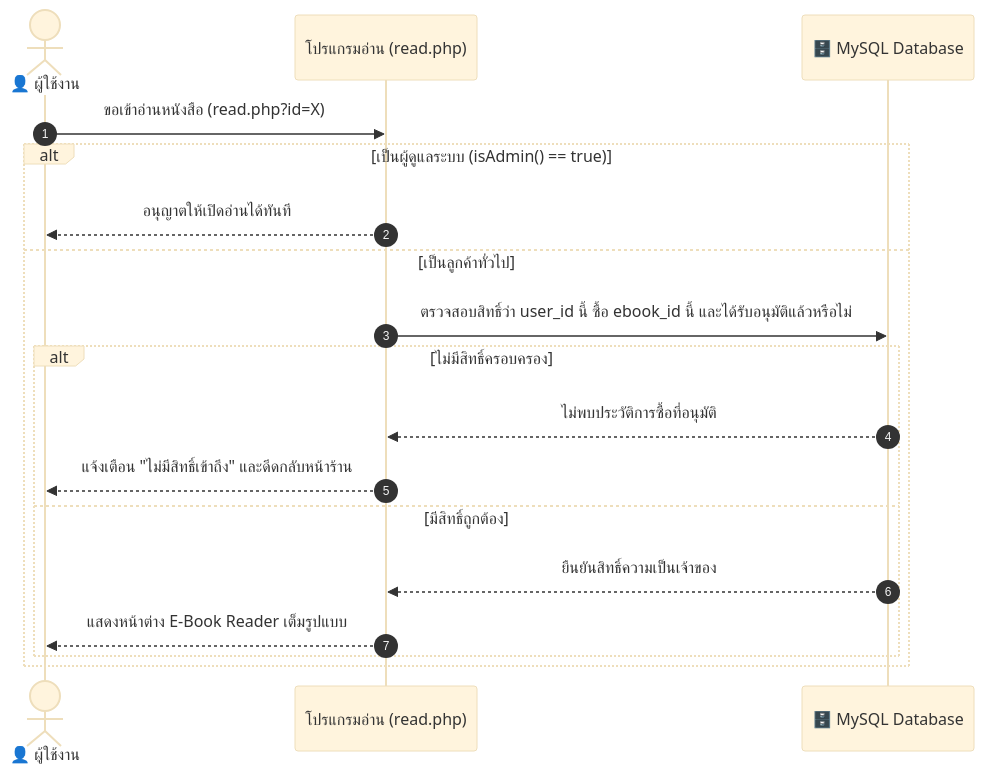
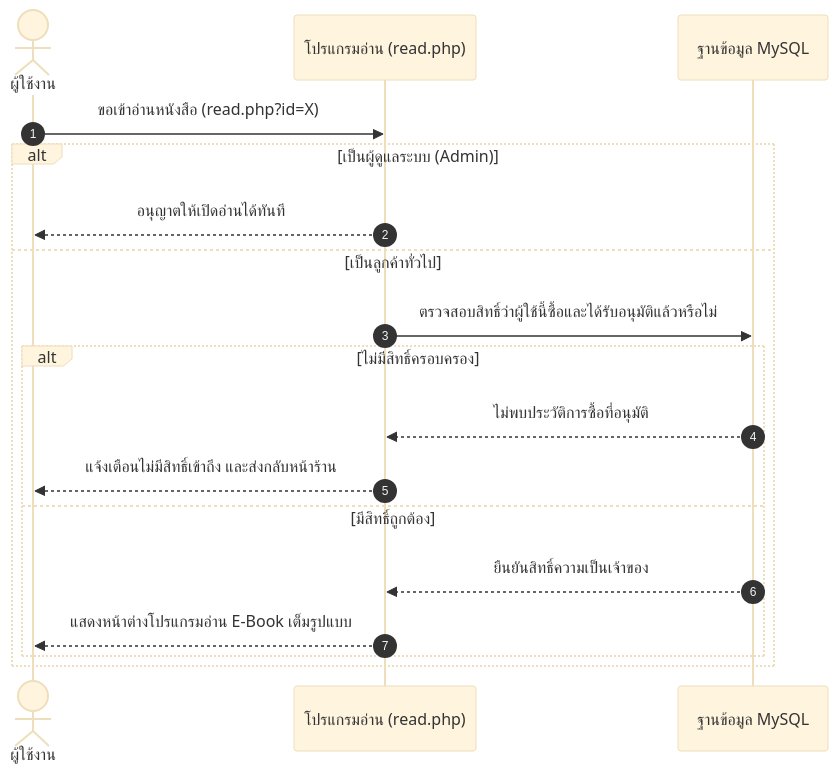
The fourth of 4 diagrams in PROJECT_SUMMARY.md (pratchayakornna-ops/ebook-store), drawn with Mermaid (base theme) before and after one commit. The commit also changed other lines of this file, not shown here.

Commit message:
Fix Mermaid syntax error in PROJECT_SUMMARY.md for clean Rich Display rendering

````diff
--- a/PROJECT_SUMMARY.md
+++ b/PROJECT_SUMMARY.md
@@ -193,21 +193,21 @@
 ```mermaid
 sequenceDiagram
     autonumber
-    actor User as 👤 ผู้ใช้งาน
+    actor User as ผู้ใช้งาน
     participant Reader as โปรแกรมอ่าน (read.php)
-    participant DB as 🗄️ MySQL Database
+    participant DB as ฐานข้อมูล MySQL
 
     User->>Reader: ขอเข้าอ่านหนังสือ (read.php?id=X)
-    alt เป็นผู้ดูแลระบบ (isAdmin() == true)
+    alt เป็นผู้ดูแลระบบ (Admin)
         Reader-->>User: อนุญาตให้เปิดอ่านได้ทันที
     else เป็นลูกค้าทั่วไป
-        Reader->>DB: ตรวจสอบสิทธิ์ว่า user_id นี้ ซื้อ ebook_id นี้ และได้รับอนุมัติแล้วหรือไม่
+        Reader->>DB: ตรวจสอบสิทธิ์ว่าผู้ใช้นี้ซื้อและได้รับอนุมัติแล้วหรือไม่
         alt ไม่มีสิทธิ์ครอบครอง
             DB-->>Reader: ไม่พบประวัติการซื้อที่อนุมัติ
-            Reader-->>User: แจ้งเตือน "ไม่มีสิทธิ์เข้าถึง" และดีดกลับหน้าร้าน
+            Reader-->>User: แจ้งเตือนไม่มีสิทธิ์เข้าถึง และส่งกลับหน้าร้าน
         else มีสิทธิ์ถูกต้อง
             DB-->>Reader: ยืนยันสิทธิ์ความเป็นเจ้าของ
-            Reader-->>User: แสดงหน้าต่าง E-Book Reader เต็มรูปแบบ
+            Reader-->>User: แสดงหน้าต่างโปรแกรมอ่าน E-Book เต็มรูปแบบ
         end
     end
 ```
````
